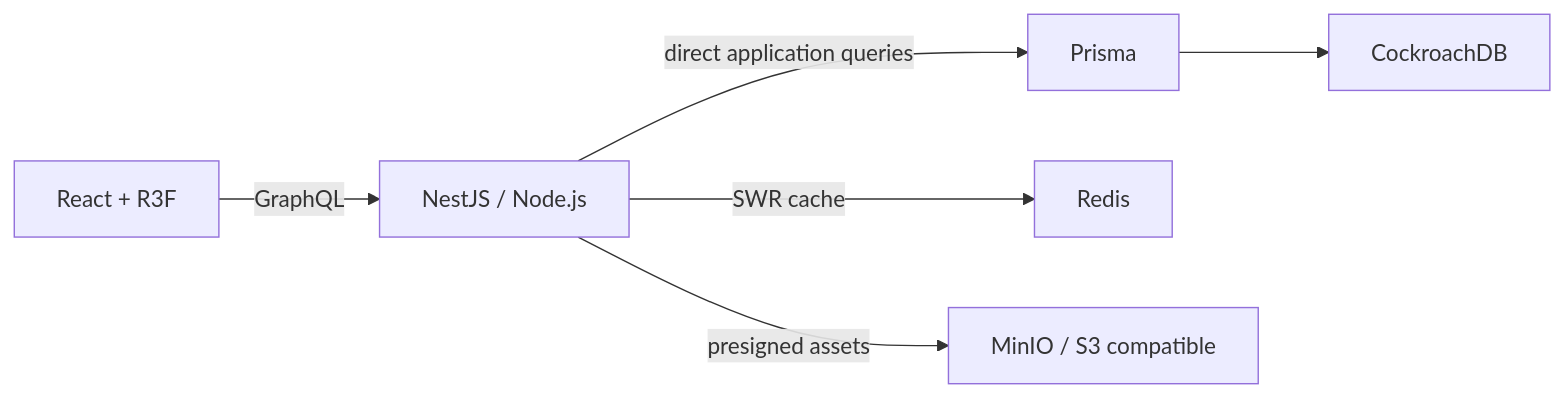
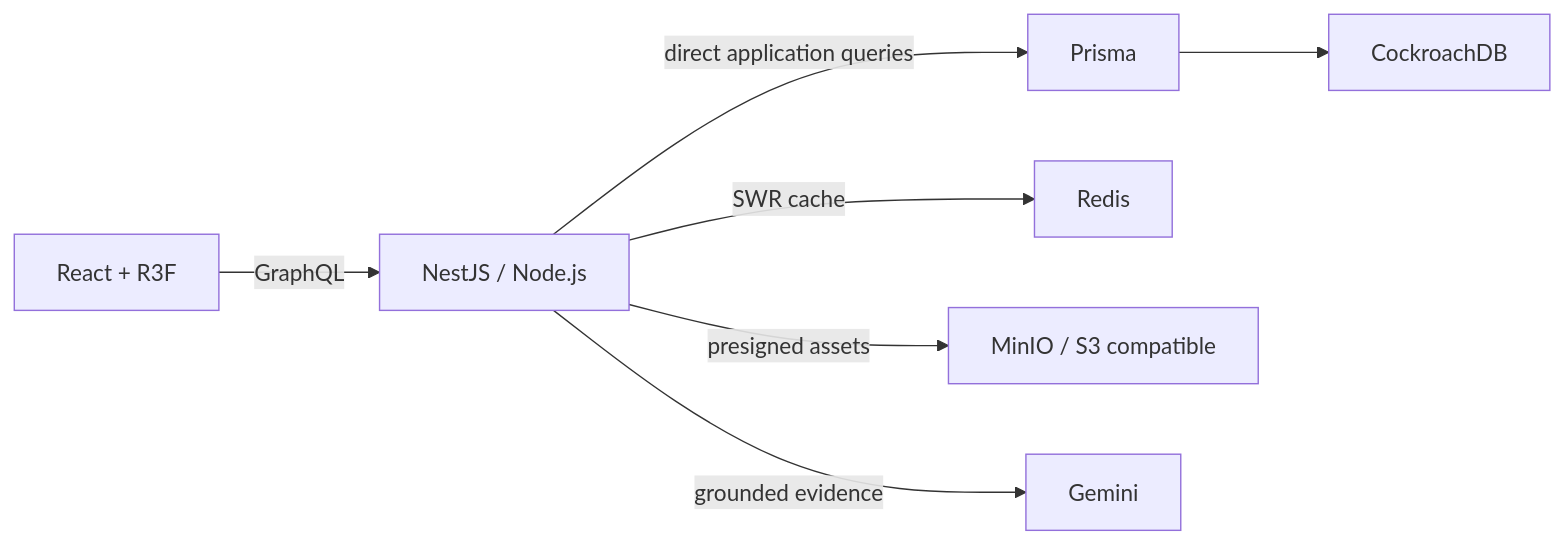
The diagram in docs/architecture/overview.md (Sskutushev/sskutushev-site), drawn with Mermaid before and after one commit. The commit also changed other lines of this file and 33 other files, not shown here.

````diff
--- a/docs/architecture/overview.md
+++ b/docs/architecture/overview.md
@@ -3,8 +3,9 @@
 ```mermaid
 flowchart LR
   Browser[React + R3F] -->|GraphQL| API[NestJS / Node.js]
   API -->|direct application queries| Prisma
   Prisma --> CockroachDB
   API -->|SWR cache| Redis
   API -->|presigned assets| S3[MinIO / S3 compatible]
+  API -->|grounded evidence| Gemini
 ```
````
